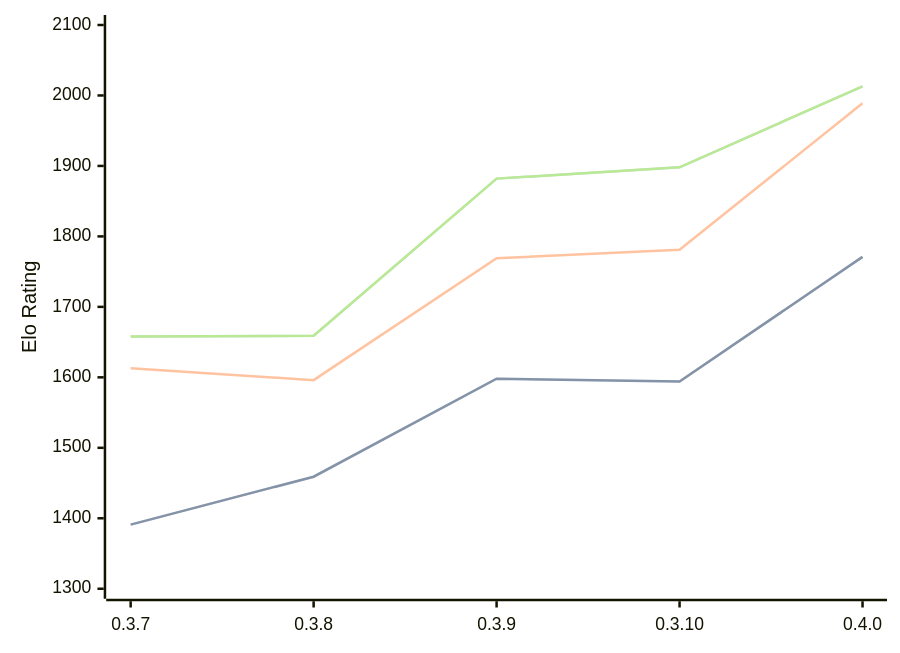
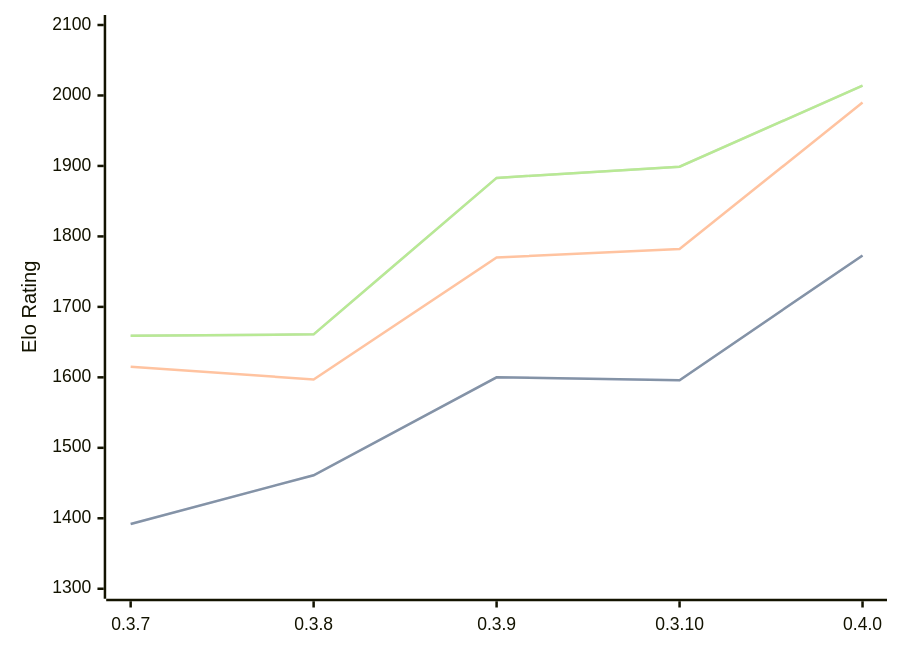
The diagram in engines/Arche.md (computer-chess-index/cci), drawn with Mermaid before and after one commit. The commit also changed other lines of this file, not shown here.

Commit message:
Update CCI Ratings (ELO VLTC) - 2026-10-09

````diff
--- a/engines/Arche.md
+++ b/engines/Arche.md
@@ -43,11 +43,11 @@
 ```mermaid
 %%{init: {"theme":"base","themeVariables":{"seriesColors:['#a3a3a3','#222221','#faa371']}}}%%
 xychart-beta
   x-axis ["0.3.7", "0.3.8", "0.3.9", "0.3.10", "0.4.0"]
   y-axis "Elo Rating" 1300 --> 2100
-  line "" [1391, 1459, 1598, 1594, 1771]
-  line "STC (8.0+0.08s)" [1391, 1459, 1598, 1594, 1771]
-  line "LTC (60.0+0.60s)" [1613, 1596, 1769, 1781, 1989]
-  line "" [1658, 1659, 1882, 1898, 2013]
-  line "VLTC (2m24s+1.12s)" [1658, 1659, 1882, 1898, 2013]
+  line "" [1392, 1461, 1600, 1596, 1773]
+  line "STC (8.0+0.08s)" [1392, 1461, 1600, 1596, 1773]
+  line "LTC (60.0+0.60s)" [1615, 1597, 1770, 1782, 1990]
+  line "" [1659, 1661, 1883, 1899, 2014]
+  line "VLTC (2m24s+1.12s)" [1659, 1661, 1883, 1899, 2014]
 ```
````
